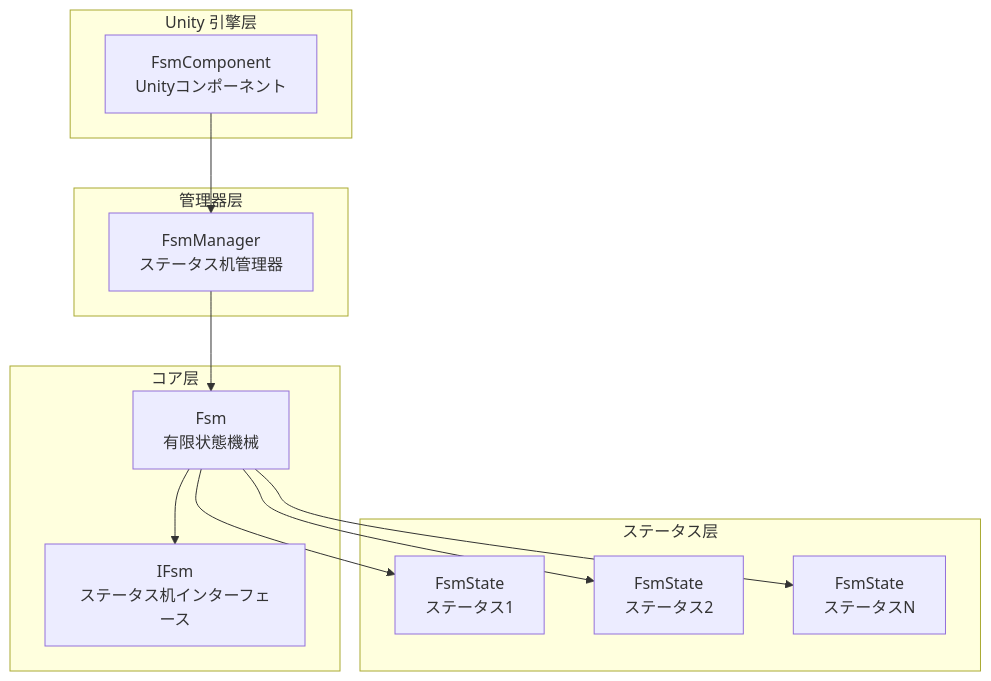
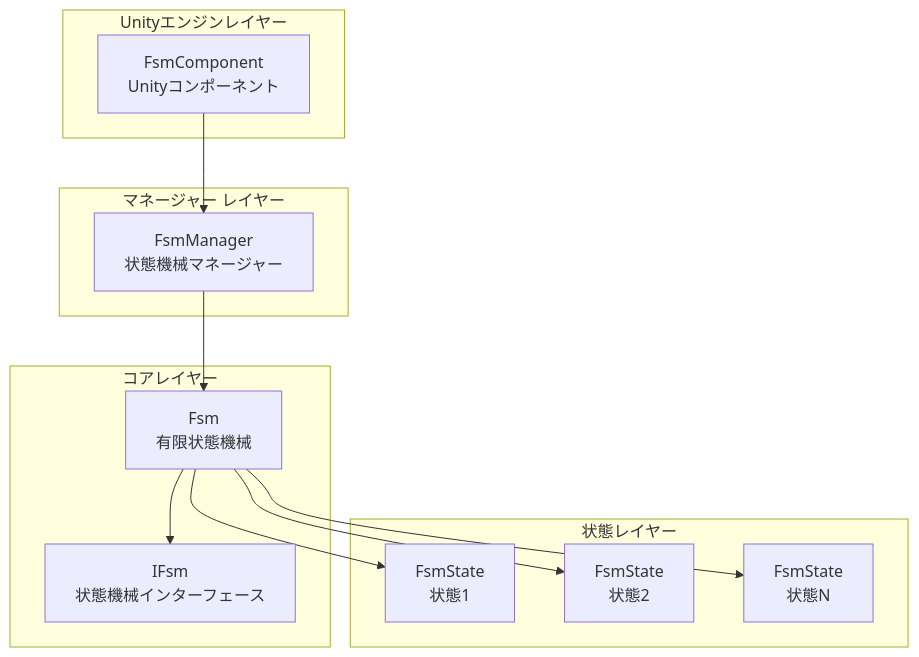
One commit to AlianBlank/GameFrameX.Docs changed the first of 2 diagrams in docs/ja/client/unity/component/fsm/03.getting-started.md. Above: the diagram before and after it, drawn with Mermaid. The commit also changed other lines of this file and 320 other files, not shown here.

````diff
--- a/docs/ja/client/unity/component/fsm/03.getting-started.md
+++ b/docs/ja/client/unity/component/fsm/03.getting-started.md
@@ -27,28 +27,28 @@
 ```mermaid
 graph TB
-    subgraph Unity["Unity 引擎层"]
+    subgraph Unity["Unityエンジンレイヤー"]
         GC[FsmComponent<br/>Unityコンポーネント]
     end
 
-    subgraph Manager["管理器层"]
-        FM[FsmManager<br/>ステータス机管理器]
+    subgraph Manager["マネージャー レイヤー"]
+        FM[FsmManager<br/>状態機械マネージャー]
     end
 
-    subgraph Core["コア层"]
+    subgraph Core["コアレイヤー"]
         FSM[Fsm<br/>有限状態機械]
-        IFSM[IFsm<T><br/>ステータス机インターフェース]
+        IFSM[IFsm<T><br/>状態機械インターフェース]
     end
 
-    subgraph State["ステータス层"]
-        FS1[FsmState<T><br/>ステータス1]
-        FS2[FsmState<T><br/>ステータス2]
-        FS3[FsmState<T><br/>ステータスN]
+    subgraph State["状態レイヤー"]
+        FS1[FsmState<T><br/>状態1]
+        FS2[FsmState<T><br/>状態2]
+        FS3[FsmState<T><br/>状態N]
     end
 
     GC --> FM
     FM --> FSM
     FSM --> IFSM
     FSM --> FS1
     FSM --> FS2
     FSM --> FS3
 ```
````
